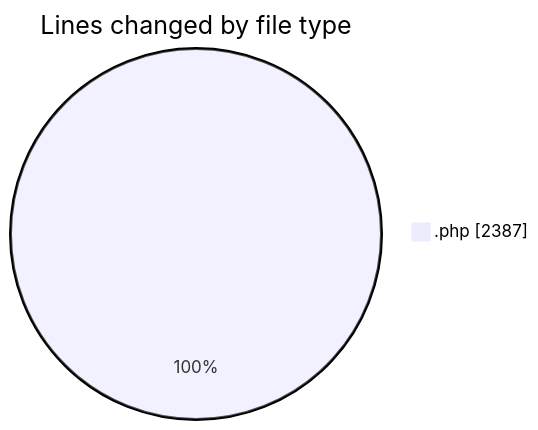
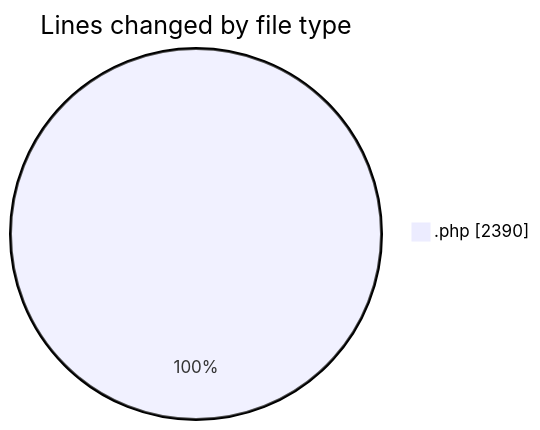
The first of 2 diagrams in 2025-10-08/untitled__workspace_/README.md (debugP/code-tracking), drawn with Mermaid before and after one commit. The commit also changed other lines of this file and 1 other file, not shown here.

````diff
--- a/2025-10-08/untitled__workspace_/README.md
+++ b/2025-10-08/untitled__workspace_/README.md
@@ -24,5 +24,5 @@
 ```mermaid
 pie showData
 title Lines changed by file type
-".php" : 2387
+".php" : 2390
 ```
````
